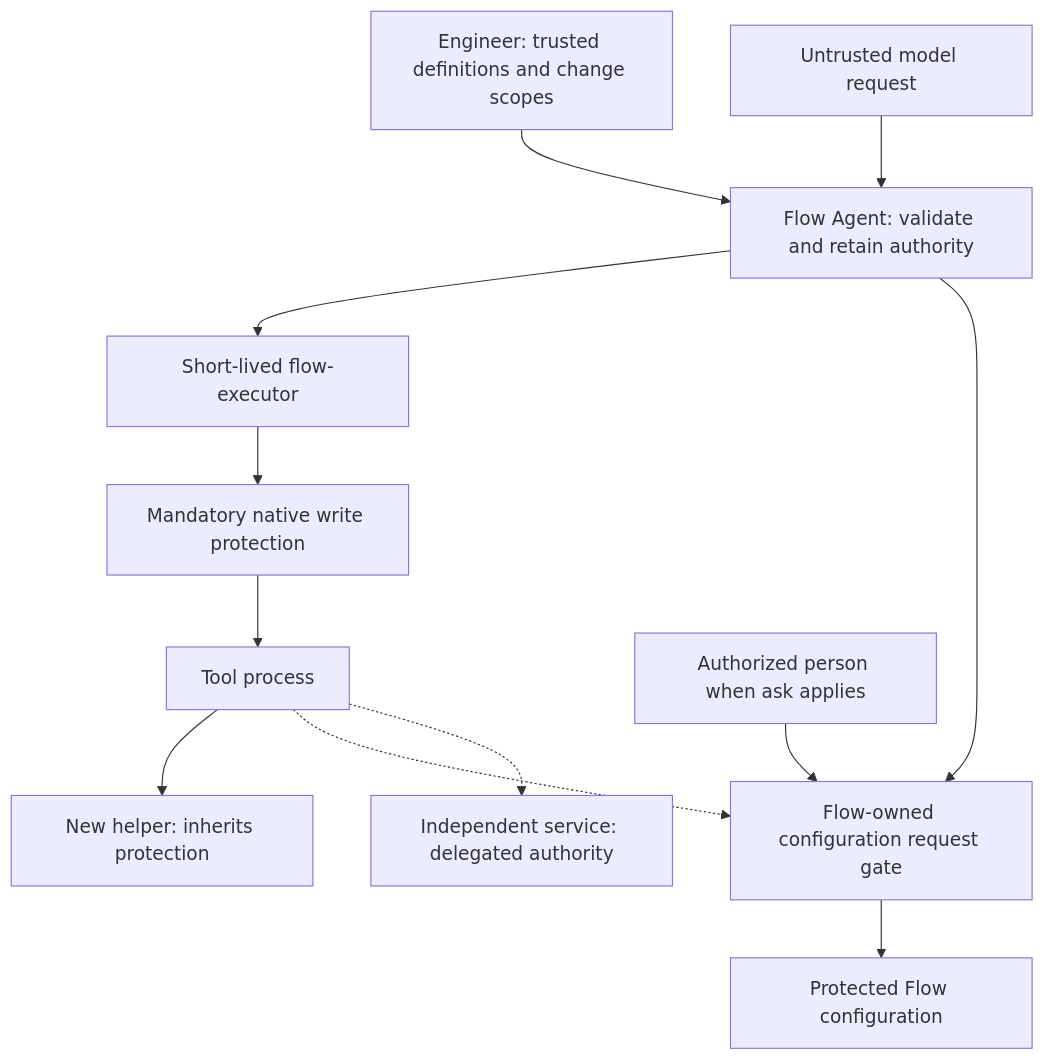
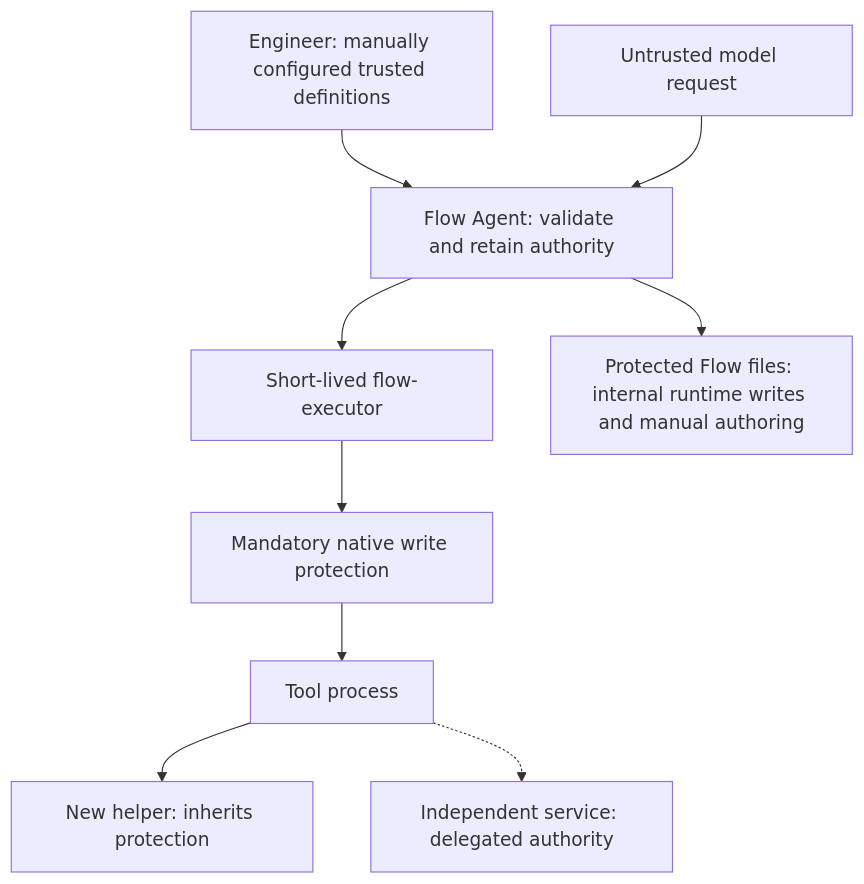
One commit to Open-Equilibrium/watershed changed the first of 11 diagrams in docs/concept/flow-agent-executor-architecture.md. Above: the diagram before and after it, drawn with Mermaid. The commit also changed other lines of this file and 10 other files, not shown here.

````diff
--- a/docs/concept/flow-agent-executor-architecture.md
+++ b/docs/concept/flow-agent-executor-architecture.md
@@ -18,14 +18,11 @@
 ```mermaid
 flowchart TD
-  Engineer["Engineer: trusted definitions and change scopes"] --> Flow["Flow Agent: validate and retain authority"]
+  Engineer["Engineer: manually configured trusted definitions"] --> Flow["Flow Agent: validate and retain authority"]
   Model["Untrusted model request"] --> Flow
   Flow --> Executor["Short-lived flow-executor"]
   Executor --> Guard["Mandatory native write protection"]
   Guard --> Tool["Tool process"]
   Tool --> Child["New helper: inherits protection"]
-  Tool -.-> Config["Flow-owned configuration request gate"]
-  Flow --> Config
-  Person["Authorized person when ask applies"] --> Config
-  Config --> Files["Protected Flow configuration"]
+  Flow --> Files["Protected Flow files: internal runtime writes and manual authoring"]
   Tool -.-> Service["Independent service: delegated authority"]
 ```
````
